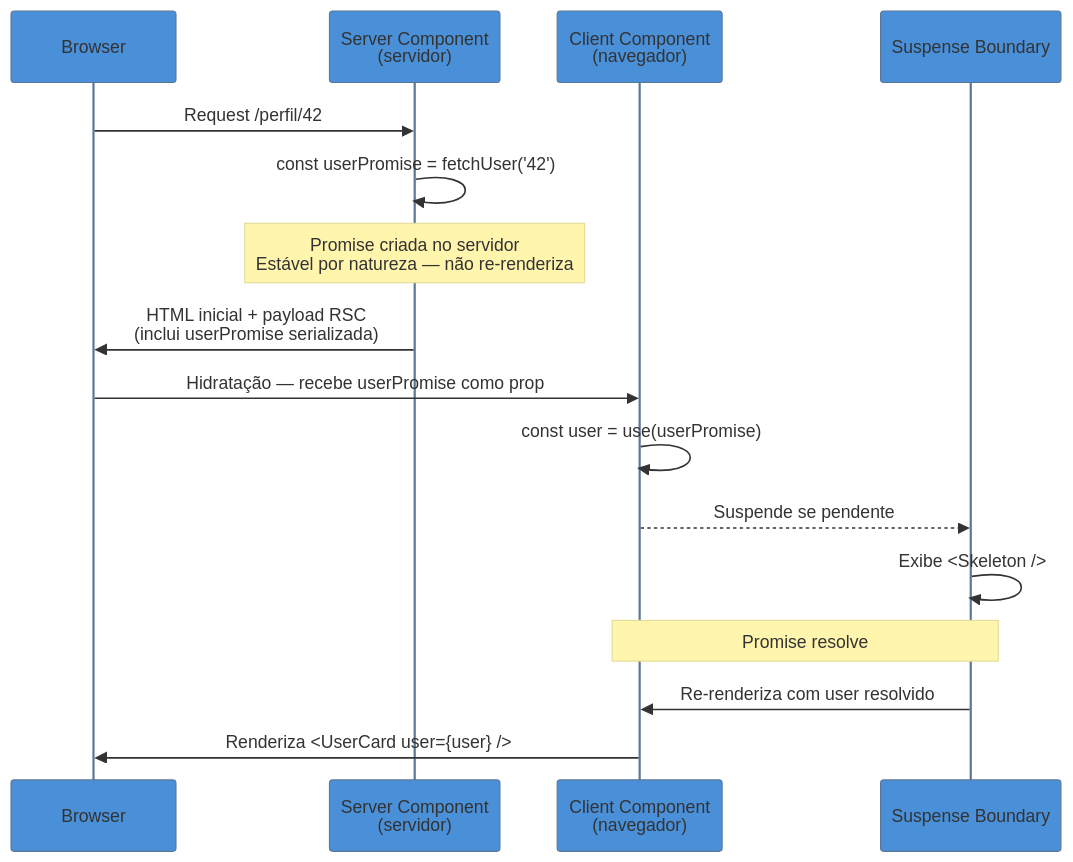
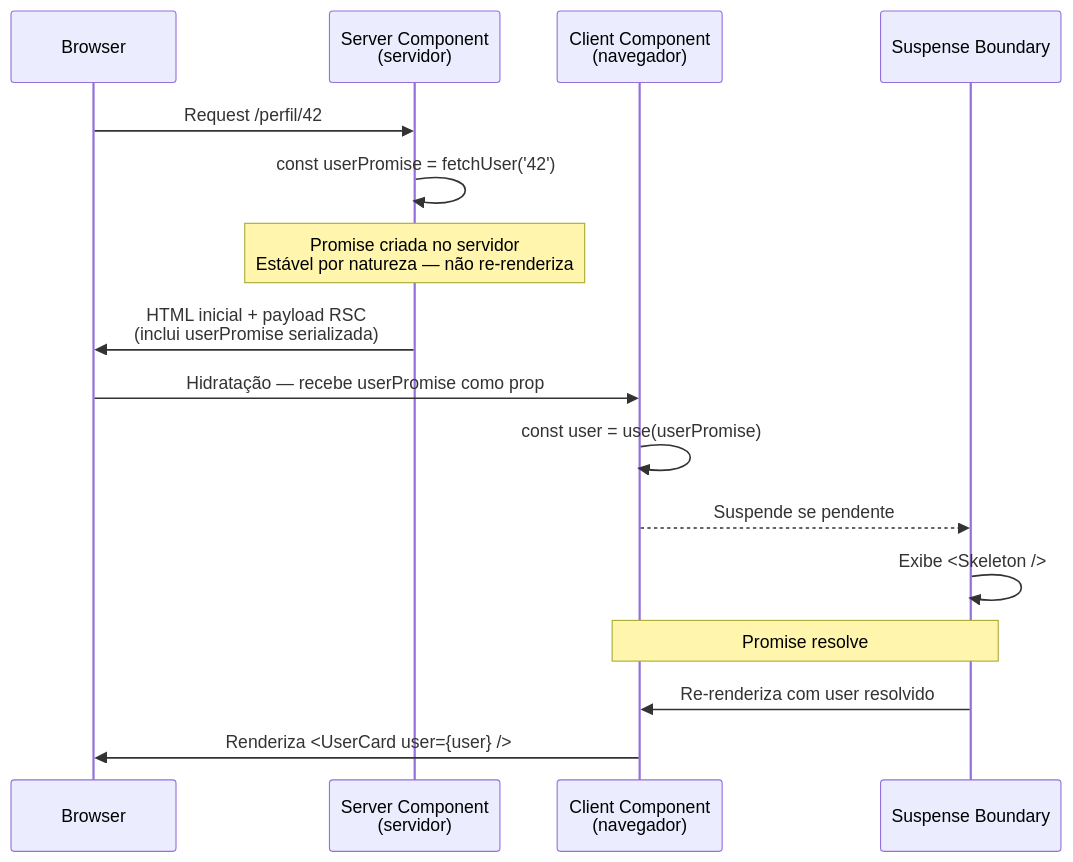
The third of 3 diagrams in 03-Dominios/Tecnologia/React/React core/21 - O hook use().md (josenaldo/codex-technomanticus), drawn with Mermaid before and after one commit. The commit also changed other lines of this file and 1181 other files, not shown here.

First line of the commit message:
fix(diagramas): paleta do sistema no lugar de cor cravada no markdown

````diff
--- a/03-Dominios/Tecnologia/React/React core/21 - O hook use().md
+++ b/03-Dominios/Tecnologia/React/React core/21 - O hook use().md
@@ -444,20 +444,19 @@
 ```mermaid
-%%{init: {"theme": "base", "themeVariables": {"primaryColor": "#4A90D9", "secondaryColor": "#7ED321"}}}%%
 sequenceDiagram
     participant Browser
     participant RSC as Server Component<br/>(servidor)
     participant CC as Client Component<br/>(navegador)
     participant SB as Suspense Boundary
 
     Browser->>RSC: Request /perfil/42
     RSC->>RSC: const userPromise = fetchUser('42')
     Note over RSC: Promise criada no servidor<br/>Estável por natureza — não re-renderiza
     RSC->>Browser: HTML inicial + payload RSC<br/>(inclui userPromise serializada)
     Browser->>CC: Hidratação — recebe userPromise como prop
     CC->>CC: const user = use(userPromise)
     CC-->>SB: Suspende se pendente
     SB->>SB: Exibe <Skeleton />
     Note over CC,SB: Promise resolve
     SB->>CC: Re-renderiza com user resolvido
     CC->>Browser: Renderiza <UserCard user={user} />
 ```
````
